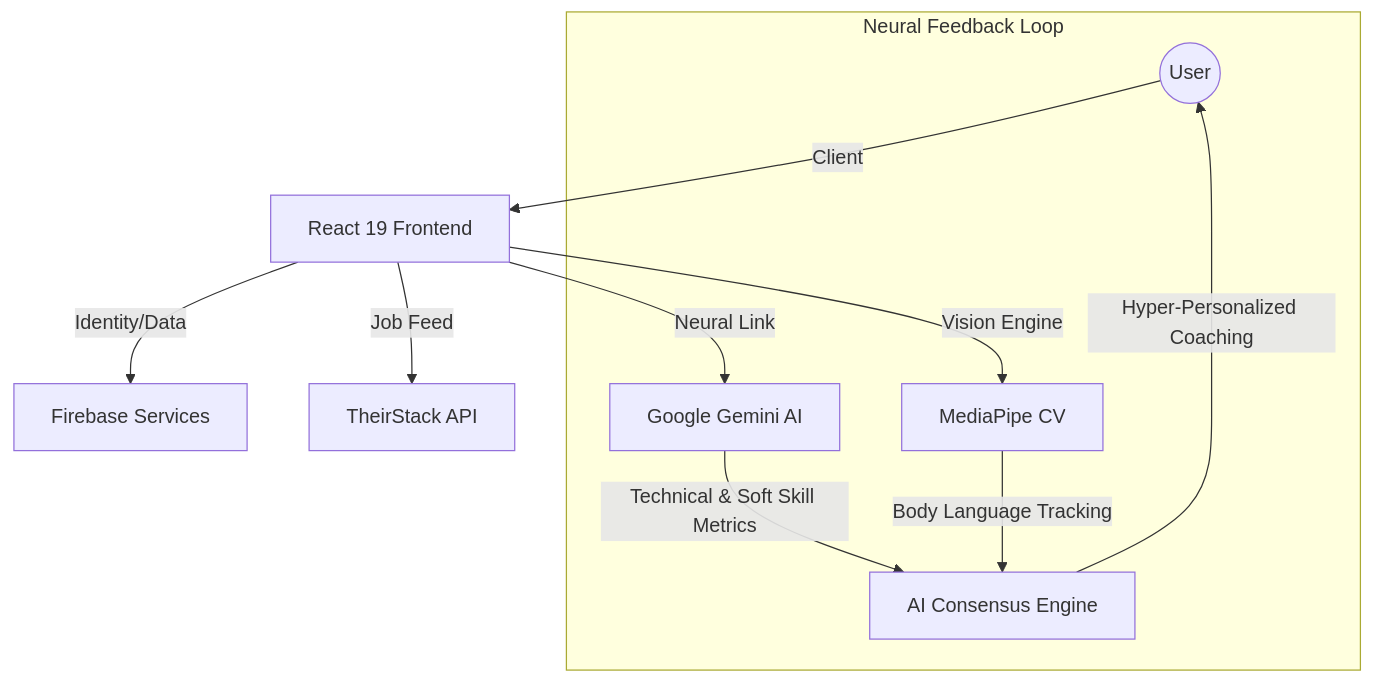
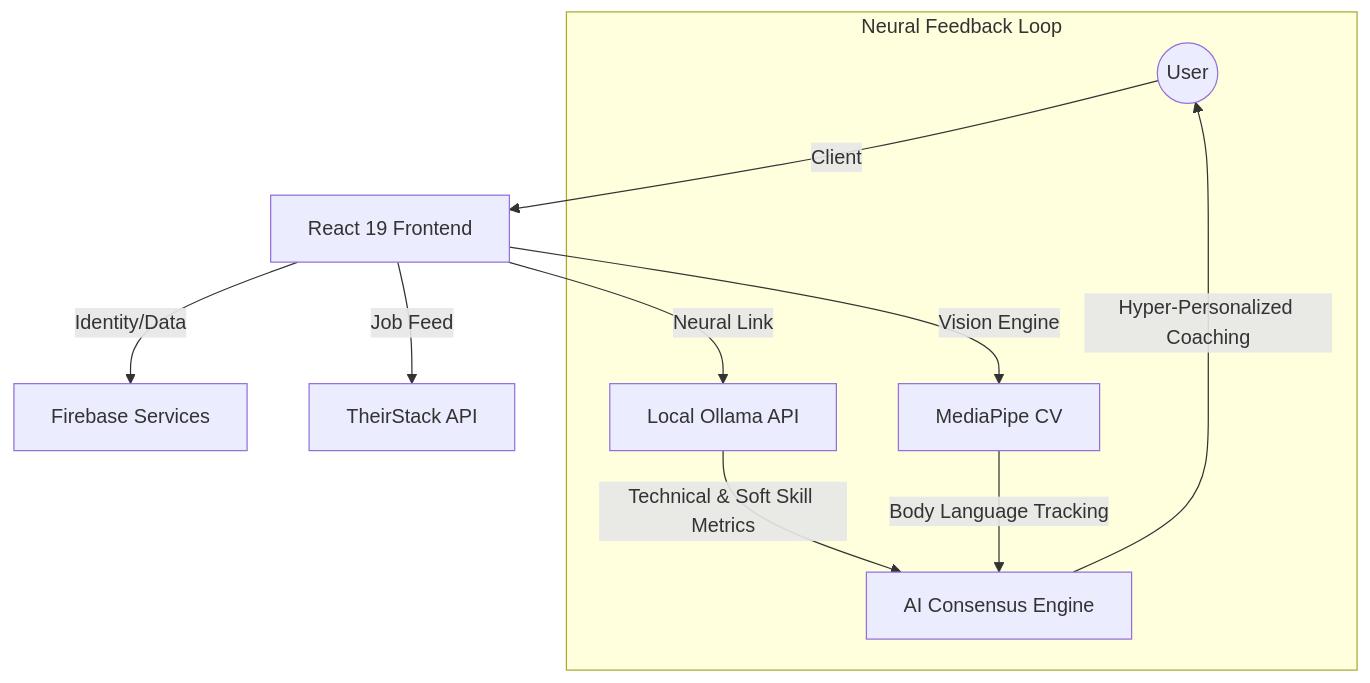
Before and after one commit to darknecrocities/HireME: the diagram in README.md, drawn with Mermaid. The commit also changed other lines of this file and 18 other files, not shown here.

Commit message:
feat: migrate from Google Gemini to local Ollama, remove Firebase auth/db and add AI Engine Hub

````diff
--- a/README.md
+++ b/README.md
@@ -28,14 +28,14 @@
 ```mermaid
 graph TD
     User((User)) --> |Client| React[React 19 Frontend]
-    React --> |Neural Link| Gemini[Google Gemini AI]
+    React --> |Neural Link| Ollama[Local Ollama API]
     React --> |Vision Engine| MediaPipe[MediaPipe CV]
     React --> |Identity/Data| Firebase[Firebase Services]
     React --> |Job Feed| TheirStack[TheirStack API]
     
     subgraph "Neural Feedback Loop"
         MediaPipe --> |Body Language Tracking| Analysis[AI Consensus Engine]
-        Gemini --> |Technical & Soft Skill Metrics| Analysis
+        Ollama --> |Technical & Soft Skill Metrics| Analysis
         Analysis --> |Hyper-Personalized Coaching| User
     end
 ```
````
